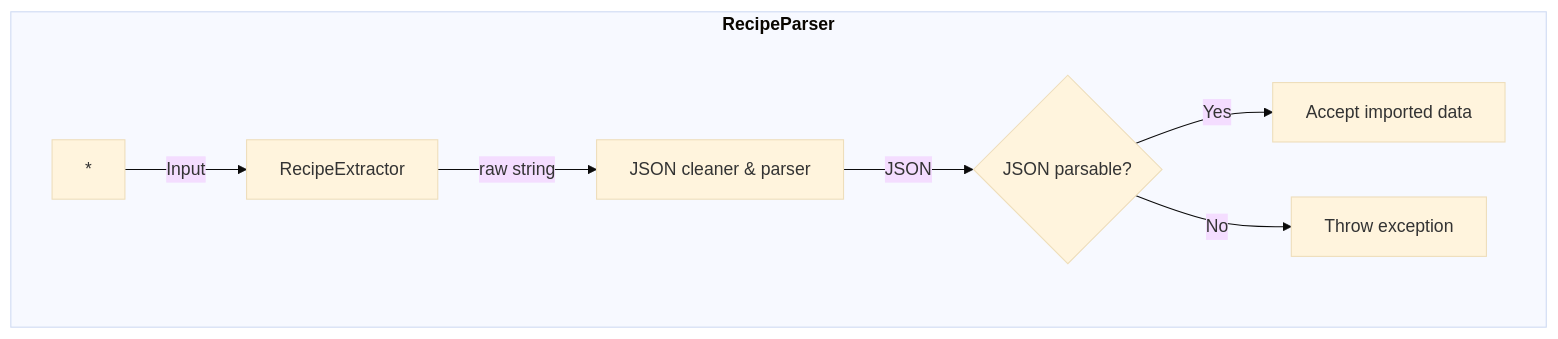
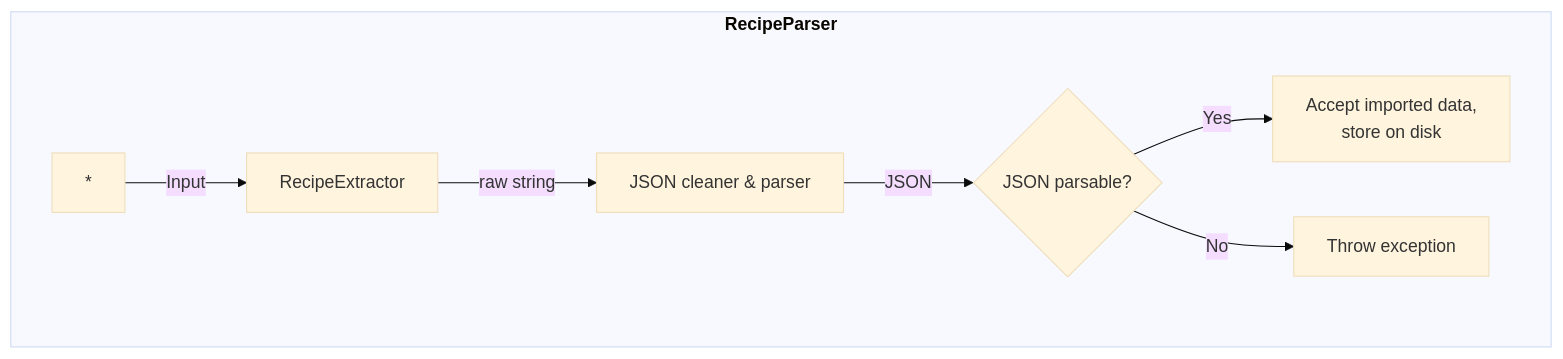
Before and after one commit to seyfeb/recipe-import-mapping-pipeline: the second of 8 diagrams in README.md, drawn with Mermaid (base theme). The commit also changed other lines of this file and 1 other file, not shown here.

````diff
--- a/README.md
+++ b/README.md
@@ -44,10 +45,10 @@
 ```mermaid
 flowchart TD
     subgraph "`**RecipeParser**`"
         * -->|Input|EXTR[RecipeExtractor]
         EXTR -- raw string --> CLEANER[JSON cleaner & parser]
         CLEANER -->|JSON|Q_PARSABLE{"JSON parsable?"}
-        Q_PARSABLE -->|Yes| ACCEPT[Accept imported data]
+        Q_PARSABLE -->|Yes| ACCEPT[Accept imported data,\n store on disk]
         Q_PARSABLE -->|No| EXCEPT[Throw exception]
     end
 ```
````
